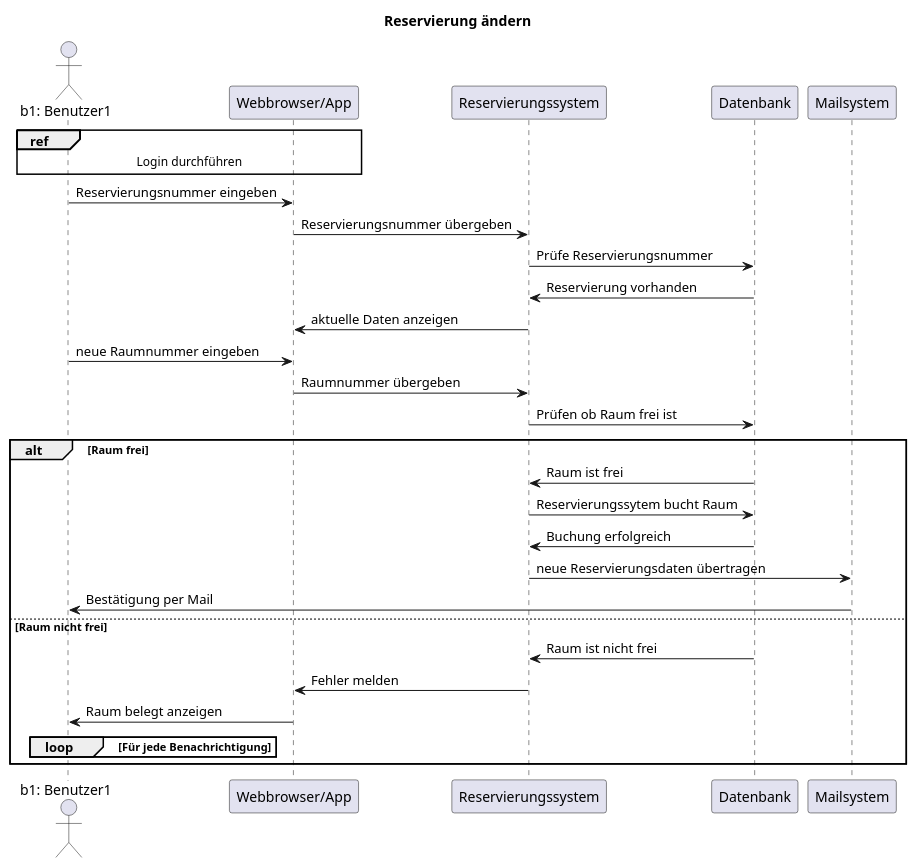
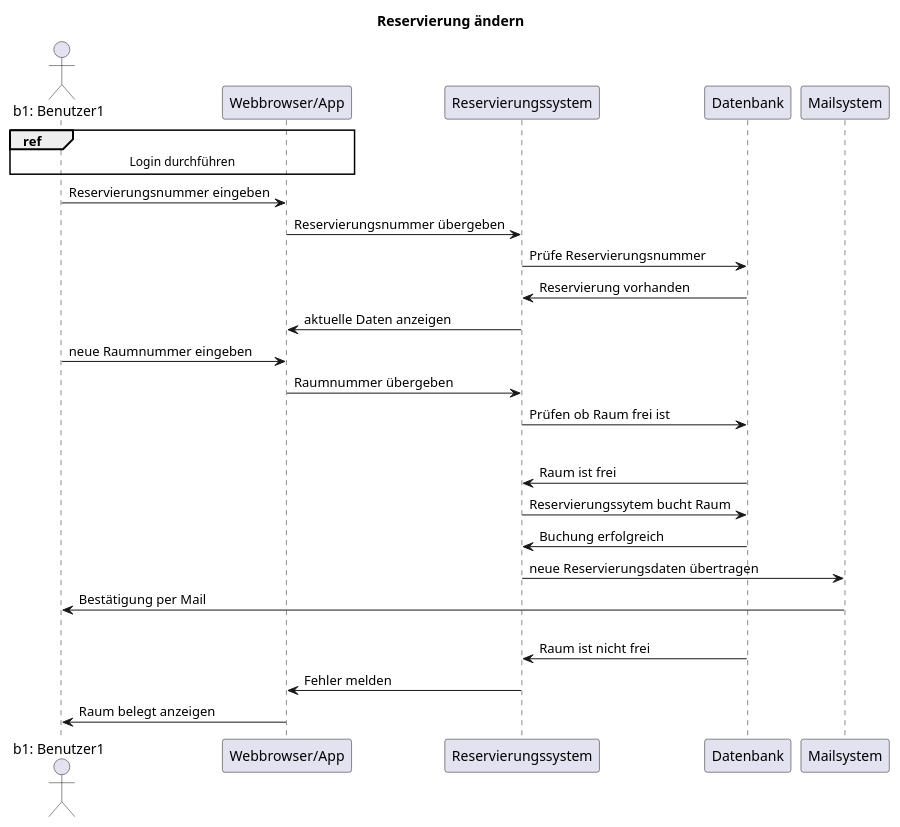
Before and after one commit to fischy93/UML_Hagenberg2024-2025: the second of 2 diagrams in Sequenzdiagramm.puml, drawn with PlantUML. The commit also changed 2 other files, not shown here.

```diff
--- a/Sequenzdiagramm.puml
+++ b/Sequenzdiagramm.puml
@@ -15,35 +15,32 @@
 @startuml
 
 title "Reservierung ändern"
 
 actor "b1: Benutzer1" as b1
 participant "Webbrowser/App" as app 
 participant "Reservierungssystem" as rs 
 participant "Datenbank" as db
 participant "Mailsystem" as mail
 ref over b1, app
     Login durchführen
 end ref
 b1 -> app: Reservierungsnummer eingeben
 app -> rs: Reservierungsnummer übergeben
 rs -> db: Prüfe Reservierungsnummer
 db -> rs: Reservierung vorhanden
 rs -> app: aktuelle Daten anzeigen
 b1 -> app: neue Raumnummer eingeben
 app ->rs: Raumnummer übergeben
 rs -> db: Prüfen ob Raum frei ist
 alt Raum frei
 db -> rs: Raum ist frei
 rs -> db: Reservierungssytem bucht Raum
 db -> rs: Buchung erfolgreich
 rs -> mail: neue Reservierungsdaten übertragen
 mail -> b1: Bestätigung per Mail
 else Raum nicht frei
 db -> rs: Raum ist nicht frei
 rs -> app: Fehler melden
 app -> b1: Raum belegt anzeigen
-    loop Für jede Benachrichtigung
-    end loop
-end alt
 
 @enduml
```
